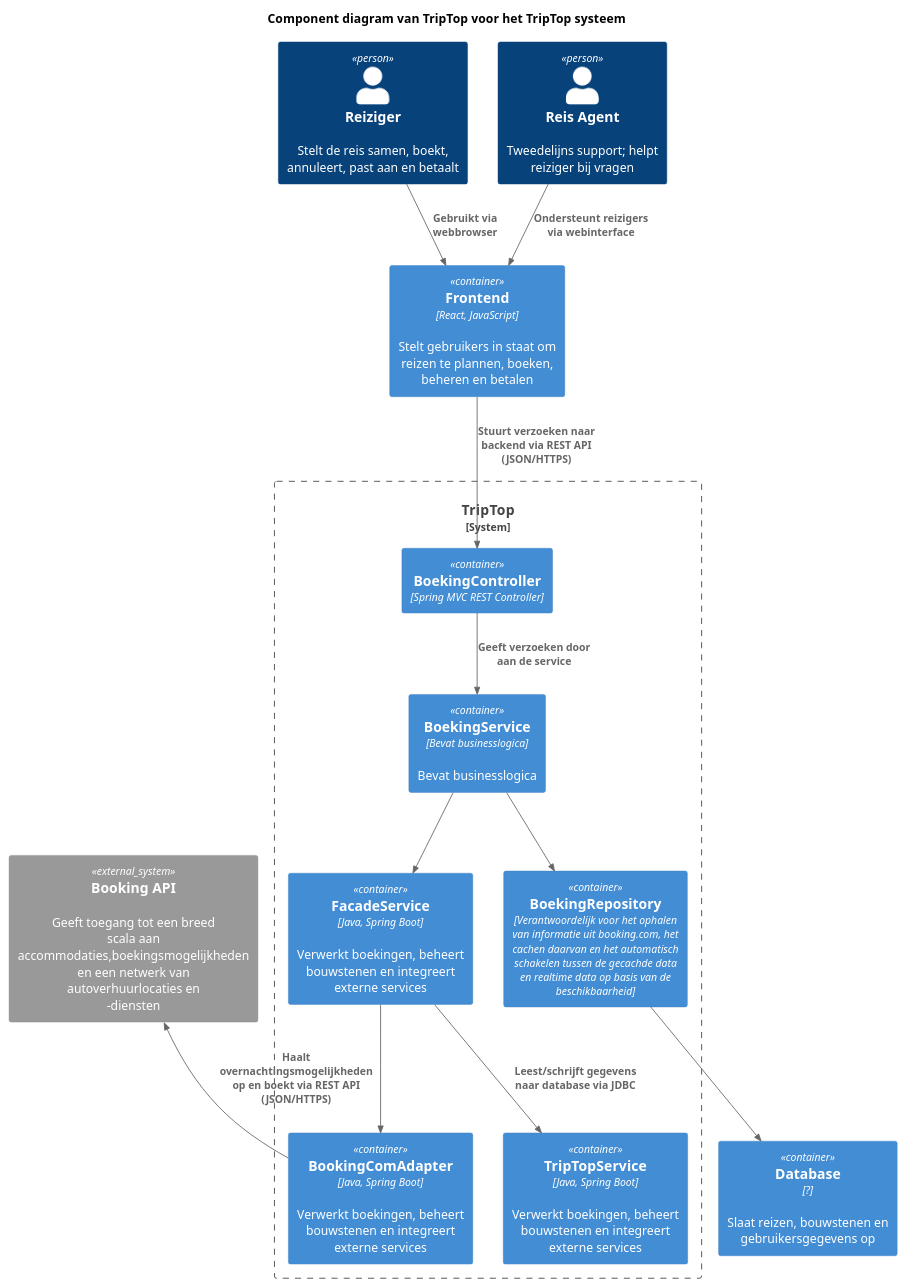
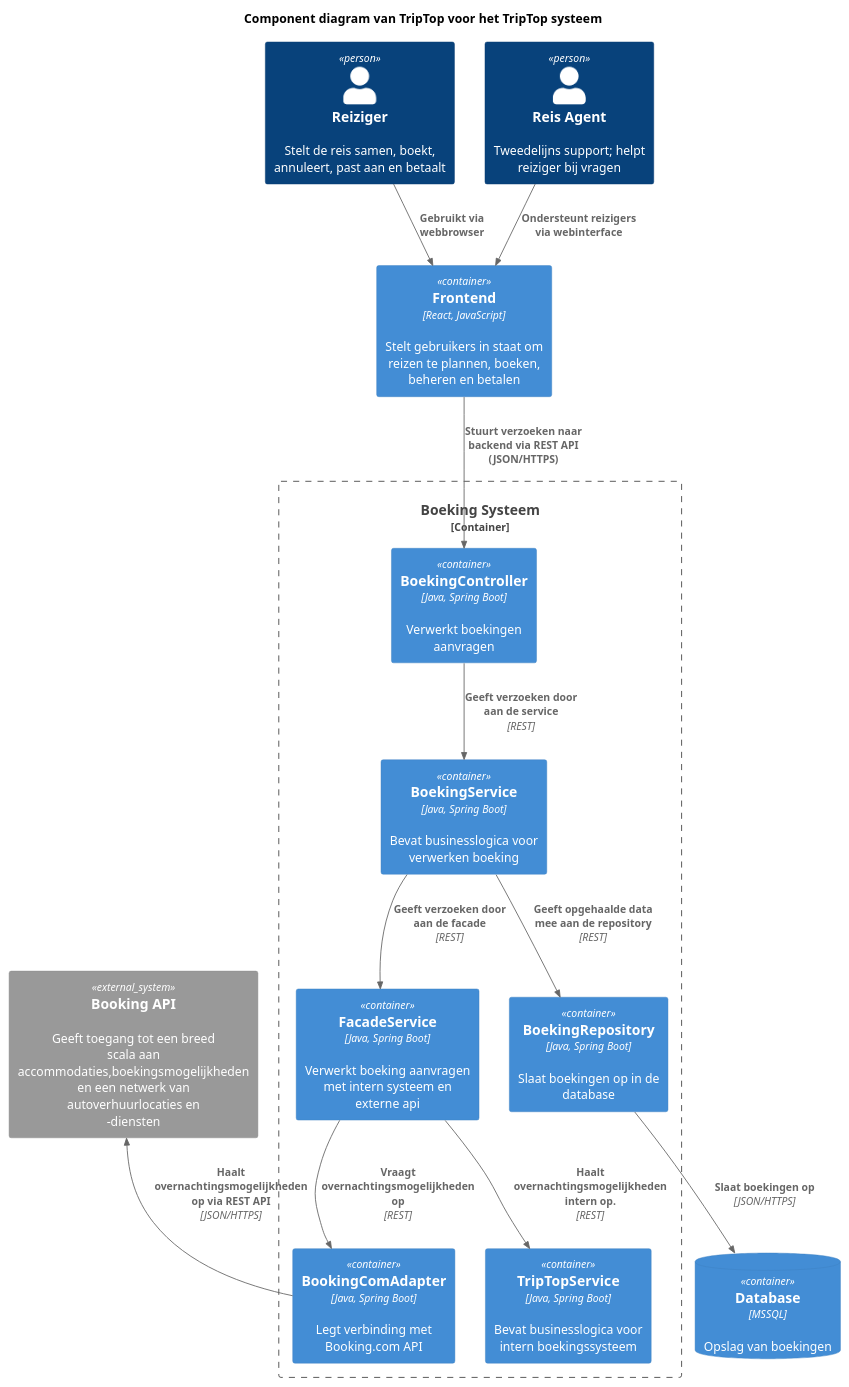
One commit to AIM-ENE-feb25/triptop-asas changed the diagram in component-diagram-sybren/component-diagram.puml. Above: the diagram before and after it, drawn with PlantUML. The commit also changed 2 other files, not shown here.

Commit message:
Added dynamic component diagram

```diff
--- a/component-diagram-sybren/component-diagram.puml
+++ b/component-diagram-sybren/component-diagram.puml
@@ -1,38 +1,38 @@
 @startuml
 !include https://raw.githubusercontent.com/plantuml-stdlib/C4-PlantUML/master/C4_Container.puml
 
 title Component diagram van TripTop voor het TripTop systeem
 
 Person(reiziger, "Reiziger", "Stelt de reis samen, boekt, annuleert, past aan en betaalt")
 Person(ondersteuner, "Reis Agent", "Tweedelijns support; helpt reiziger bij vragen")
 
-System_Boundary(triptop, "TripTop") {
-    Container(controller, "BoekingController", "Spring MVC REST Controller")
-    Container(service, "BoekingService", "Bevat businesslogica", "Bevat businesslogica")
-    Container(facade, "FacadeService", "Java, Spring Boot", "Verwerkt boekingen, beheert bouwstenen en integreert externe services")
-    Container(boeking_repository, "BoekingRepository", "Verantwoordelijk voor het ophalen van informatie uit booking.com, het cachen daarvan en het automatisch schakelen tussen de gecachde data en realtime data op basis van de beschikbaarheid")
-    Container(booking_com_adapter, "BookingComAdapter", "Java, Spring Boot", "Verwerkt boekingen, beheert bouwstenen en integreert externe services")
-    Container(triptop_service, "TripTopService", "Java, Spring Boot", "Verwerkt boekingen, beheert bouwstenen en integreert externe services")
+Container_Boundary(triptop, "Boeking Systeem") {
+    Container(controller, "BoekingController", "Java, Spring Boot", "Verwerkt boekingen aanvragen")
+    Container(service, "BoekingService", "Java, Spring Boot", "Bevat businesslogica voor verwerken boeking")
+    Container(facade, "FacadeService", "Java, Spring Boot", "Verwerkt boeking aanvragen met intern systeem en externe api")
+    Container(boeking_repository, "BoekingRepository", "Java, Spring Boot", "Slaat boekingen op in de database")
+    Container(booking_com_adapter, "BookingComAdapter", "Java, Spring Boot", "Legt verbinding met Booking.com API")
+    Container(triptop_service, "TripTopService", "Java, Spring Boot", "Bevat businesslogica voor intern boekingssysteem")
 }
 
  Container(frontend, "Frontend", "React, JavaScript", "Stelt gebruikers in staat om reizen te plannen, boeken, beheren en betalen")
- Container(database, "Database", "?", "Slaat reizen, bouwstenen en gebruikersgegevens op")
+ ContainerDb(database, "Database", "MSSQL", "Opslag van boekingen")
 
 System_Ext(booking, "Booking API ", "Geeft toegang tot een breed scala aan accommodaties,boekingsmogelijkheden en een netwerk van autoverhuurlocaties en -diensten")
 
 
 ' Relaties gebruiker naar containers
 Rel(reiziger, frontend, "Gebruikt via webbrowser")
 Rel(ondersteuner, frontend, "Ondersteunt reizigers via webinterface")
 
 ' Relaties tussen containers binnen TripTop
 Rel(frontend, controller, "Stuurt verzoeken naar backend via REST API (JSON/HTTPS)")
-Rel(controller, service, "Geeft verzoeken door aan de service")
-Rel(service, facade, "")
-Rel(service, boeking_repository, "")
-Rel(boeking_repository, database, "")
-Rel(facade, booking_com_adapter, "")
-Rel(facade, triptop_service, "Leest/schrijft gegevens naar database via JDBC")
+Rel(controller, service, "Geeft verzoeken door aan de service", "REST")
+Rel(service, facade, "Geeft verzoeken door aan de facade", "REST")
+Rel(service, boeking_repository, "Geeft opgehaalde data mee aan de repository", "REST")
+Rel(boeking_repository, database, "Slaat boekingen op", "JSON/HTTPS")
+Rel(facade, booking_com_adapter, "Vraagt overnachtingsmogelijkheden op", "REST")
+Rel(facade, triptop_service, "Haalt overnachtingsmogelijkheden intern op.", "REST")
 ' Relaties backend naar externe systemen
-Rel_U(booking_com_adapter, booking, "Haalt overnachtingsmogelijkheden op en boekt via REST API (JSON/HTTPS)")
+Rel_U(booking_com_adapter, booking, "Haalt overnachtingsmogelijkheden op via REST API", "JSON/HTTPS")
 @enduml
```
